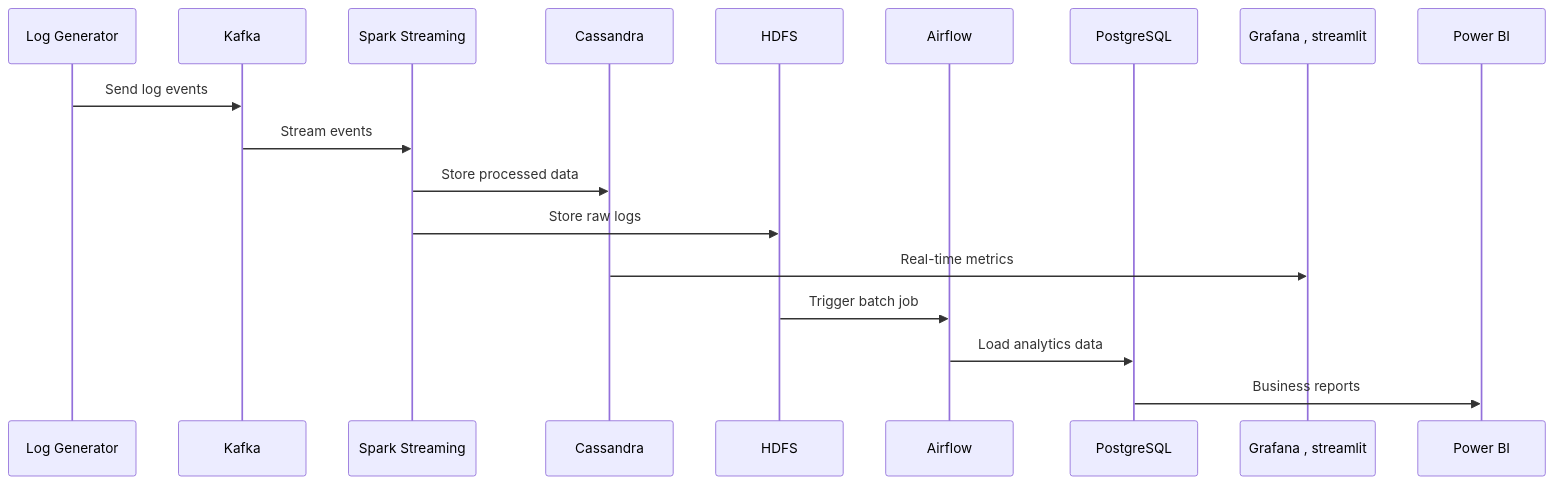
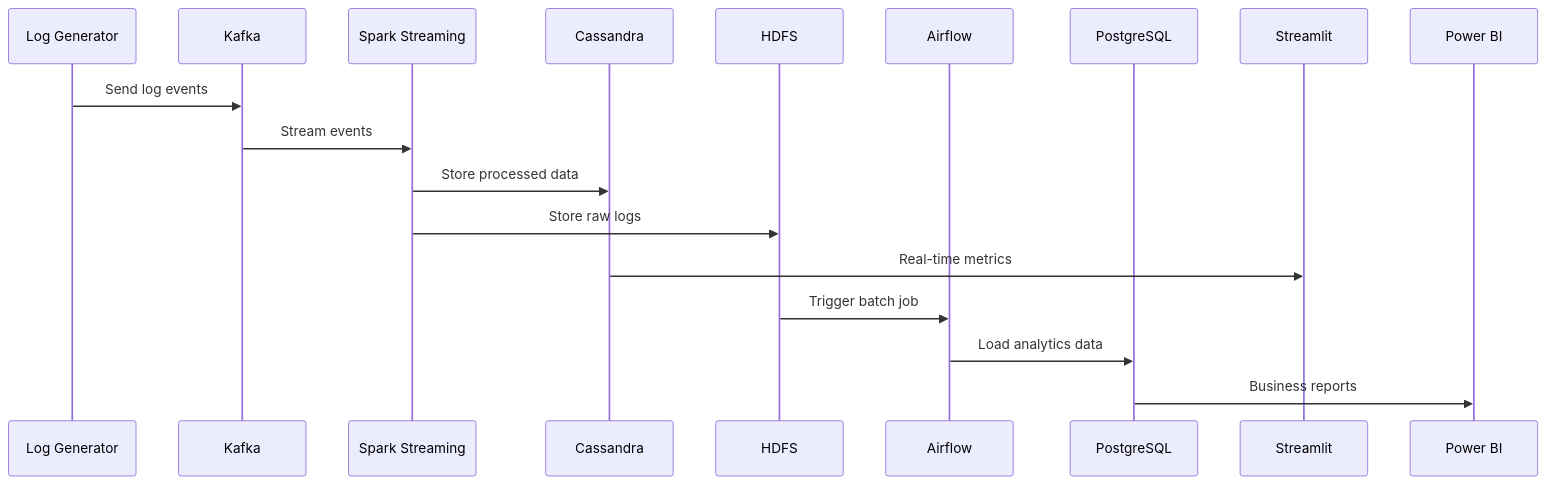
The second of 2 diagrams in README.md (MAHMOUDMAMDOH8/end-to-end-log-processing), drawn with Mermaid before and after one commit. The commit also changed other lines of this file, not shown here.

````diff
--- a/README.md
+++ b/README.md
@@ -74,21 +74,21 @@
 ```mermaid
 sequenceDiagram
     participant LG as Log Generator
     participant K as Kafka
     participant SS as Spark Streaming
     participant C as Cassandra
     participant H as HDFS
     participant A as Airflow
     participant P as PostgreSQL
-    participant G as Grafana , streamlit
+    participant G as Streamlit
     participant PB as Power BI
 
     LG->>K: Send log events
     K->>SS: Stream events
     SS->>C: Store processed data
     SS->>H: Store raw logs
     C->>G: Real-time metrics
     H->>A: Trigger batch job
     A->>P: Load analytics data
     P->>PB: Business reports
 ```
````
